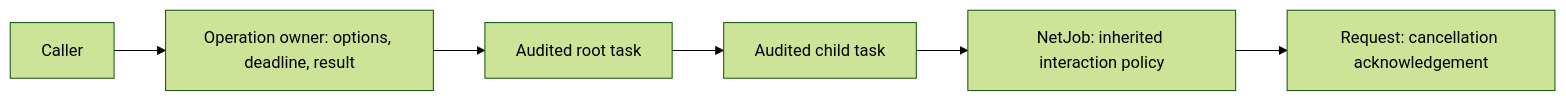
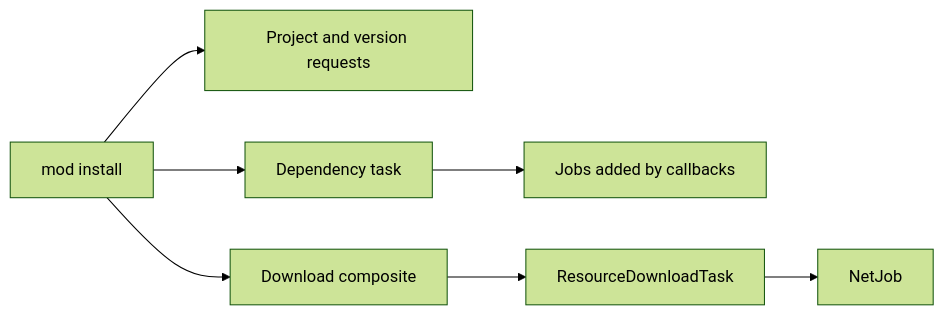
The diagram in docs/cli/UNATTENDED-TASKS.md (kacperpaczos/PrismLauncher), drawn with Mermaid (forest theme) before and after one commit. The commit also changed other lines of this file, not shown here.

First line of the commit message:
docs(cli): record the reduced unattended task contract

````diff
--- a/docs/cli/UNATTENDED-TASKS.md
+++ b/docs/cli/UNATTENDED-TASKS.md
@@ -22,8 +20,9 @@
 ```mermaid
 flowchart LR
-    Caller --> Operation[Operation owner: options, deadline, result]
-    Operation --> Root[Audited root task]
-    Root --> Child[Audited child task]
-    Child --> Job[NetJob: inherited interaction policy]
-    Job --> Request[Request: cancellation acknowledgement]
+    CLI[mod install] --> Metadata[Project and version requests]
+    CLI --> Dependencies[Dependency task]
+    CLI --> Batch[Download composite]
+    Dependencies --> Late[Jobs added by callbacks]
+    Batch --> Resource[ResourceDownloadTask]
+    Resource --> Job[NetJob]
 ```
````
